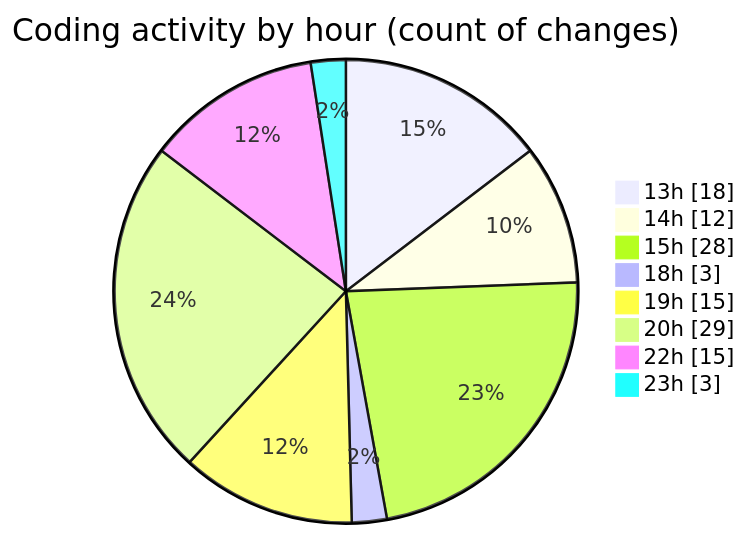
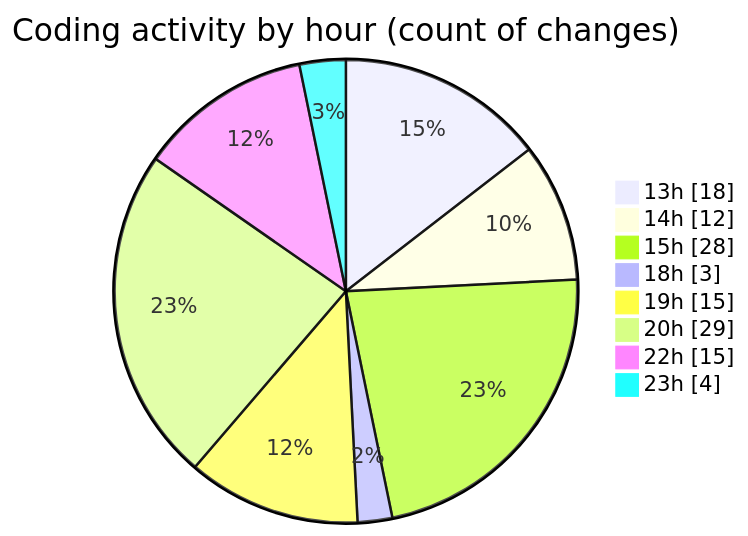
Before and after one commit to idhammustaqopulfikri/code-tracking: the second of 2 diagrams in 2025-06-16/studio-backend/README.md, drawn with Mermaid. The commit also changed other lines of this file and 1 other file, not shown here.

````diff
--- a/2025-06-16/studio-backend/README.md
+++ b/2025-06-16/studio-backend/README.md
@@ -45,12 +45,12 @@
 ```mermaid
 pie showData
 title Coding activity by hour (count of changes)
 "13h" : 18
 "14h" : 12
 "15h" : 28
 "18h" : 3
 "19h" : 15
 "20h" : 29
 "22h" : 15
-"23h" : 3
+"23h" : 4
 ```
````
